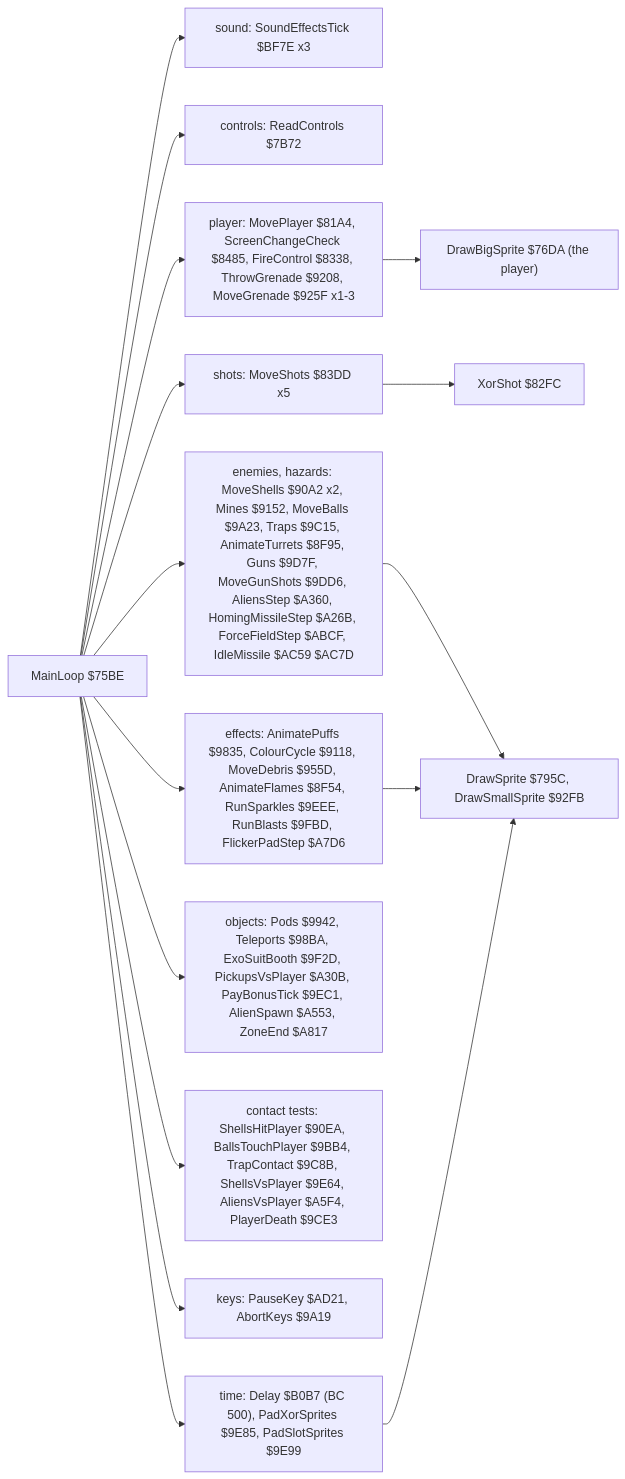
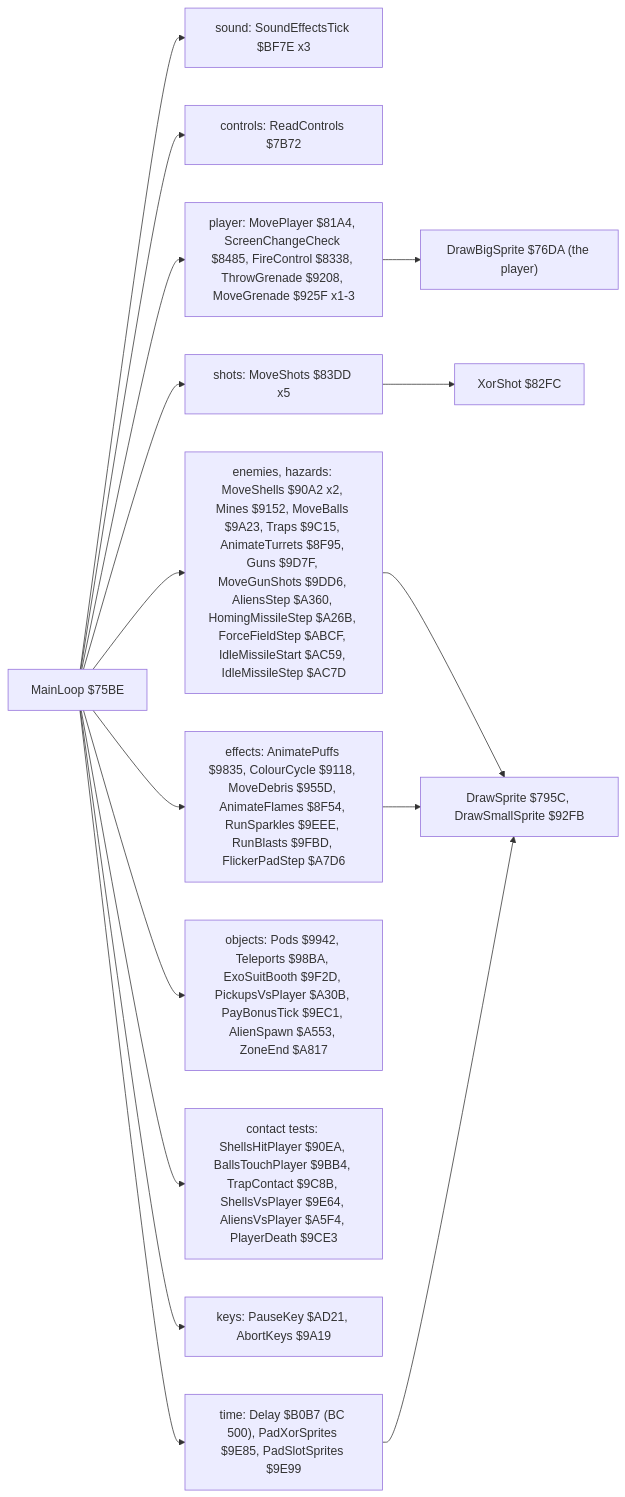
The second of 2 diagrams in games/exolon/docs/02-architecture.md (alfishe/unrealng-reverse-cases), drawn with Mermaid before and after one commit. The commit also changed other lines of this file and 28 other files, not shown here.

Commit message:
Exolon: review round 1 (47 findings, 46 accepted, 1 partly) applied; doc 03 completed: Decrypt, LoadFile, the countdown and the picy unpacker each with pseudocode, asm, a mermaid flowchart and a worked example from c1, the stages as mermaid with c1 frames

````diff
--- a/games/exolon/docs/02-architecture.md
+++ b/games/exolon/docs/02-architecture.md
@@ -133,18 +134,18 @@
 ```mermaid
 flowchart LR
   ML["MainLoop $75BE"] --> SND["sound: SoundEffectsTick $BF7E x3"]
   ML --> IN["controls: ReadControls $7B72"]
   ML --> PL["player: MovePlayer $81A4, ScreenChangeCheck $8485, FireControl $8338, ThrowGrenade $9208, MoveGrenade $925F x1-3"]
   ML --> SH["shots: MoveShots $83DD x5"]
-  ML --> EN["enemies, hazards: MoveShells $90A2 x2, Mines $9152, MoveBalls $9A23, Traps $9C15, AnimateTurrets $8F95, Guns $9D7F, MoveGunShots $9DD6, AliensStep $A360, HomingMissileStep $A26B, ForceFieldStep $ABCF, IdleMissile $AC59 $AC7D"]
+  ML --> EN["enemies, hazards: MoveShells $90A2 x2, Mines $9152, MoveBalls $9A23, Traps $9C15, AnimateTurrets $8F95, Guns $9D7F, MoveGunShots $9DD6, AliensStep $A360, HomingMissileStep $A26B, ForceFieldStep $ABCF, IdleMissileStart $AC59, IdleMissileStep $AC7D"]
   ML --> FX["effects: AnimatePuffs $9835, ColourCycle $9118, MoveDebris $955D, AnimateFlames $8F54, RunSparkles $9EEE, RunBlasts $9FBD, FlickerPadStep $A7D6"]
   ML --> OB["objects: Pods $9942, Teleports $98BA, ExoSuitBooth $9F2D, PickupsVsPlayer $A30B, PayBonusTick $9EC1, AlienSpawn $A553, ZoneEnd $A817"]
   ML --> CT["contact tests: ShellsHitPlayer $90EA, BallsTouchPlayer $9BB4, TrapContact $9C8B, ShellsVsPlayer $9E64, AliensVsPlayer $A5F4, PlayerDeath $9CE3"]
   ML --> KEY["keys: PauseKey $AD21, AbortKeys $9A19"]
   ML --> PAD["time: Delay $B0B7 (BC 500), PadXorSprites $9E85, PadSlotSprites $9E99"]
   PL --> DBS["DrawBigSprite $76DA (the player)"]
   EN --> DS["DrawSprite $795C, DrawSmallSprite $92FB"]
   FX --> DS
   PAD --> DS
   SH --> XS["XorShot $82FC"]
 ```
````
